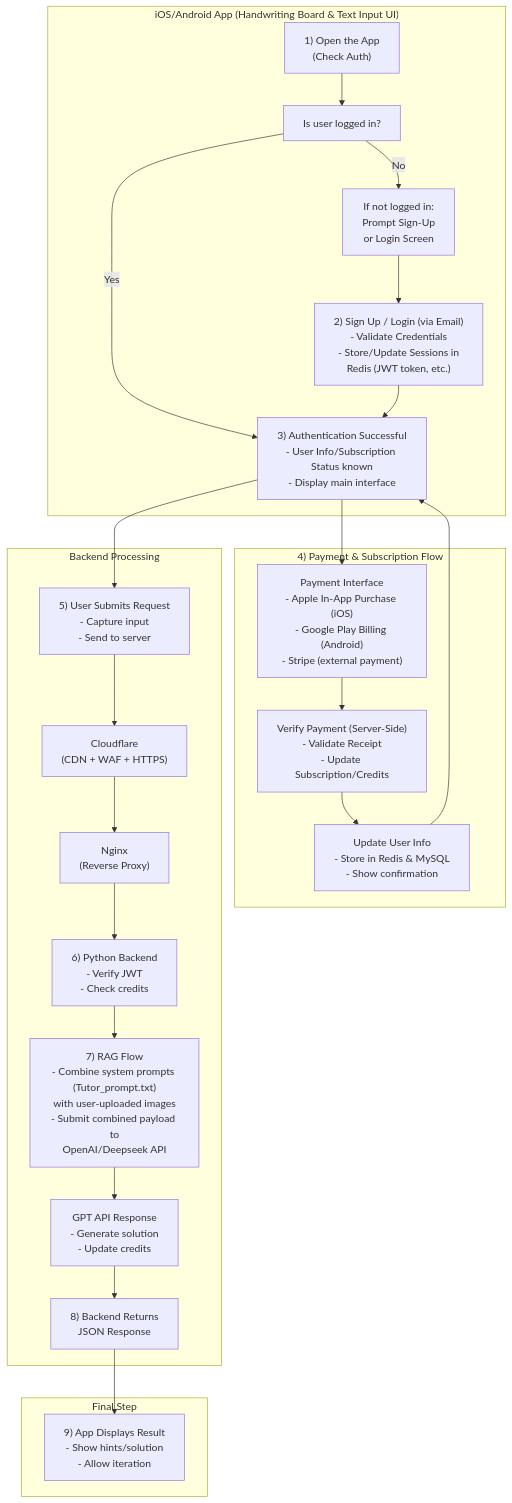
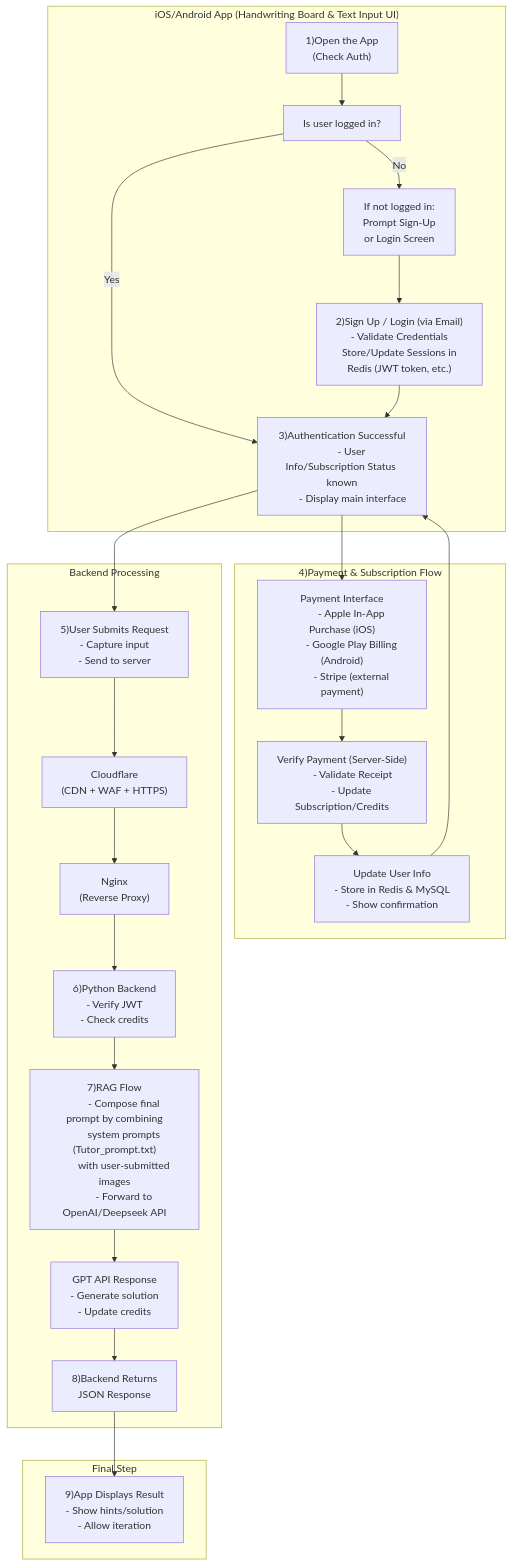
Before and after one commit to zhihuiyuze/Huize-Tutor: the diagram in app-flow.mermaid, drawn with Mermaid.

```diff
--- a/app-flow.mermaid
+++ b/app-flow.mermaid
@@ -1,46 +1,75 @@
+---
+config:
+  layout: fixed
+---
 flowchart TB
-    subgraph Frontend["iOS/Android App (Handwriting Board & Text Input UI)"]
-        A1["1) Open the App\n(Check Auth)"]
+ subgraph Frontend["iOS/Android App (Handwriting Board & Text Input UI)"]
+        A1["1)Open the App
+        (Check Auth)"]
         A2["Is user logged in?"]
-        A3["If not logged in:\nPrompt Sign-Up\nor Login Screen"]
-        A4["2) Sign Up / Login (via Email)\n- Validate Credentials\n- Store/Update Sessions in\nRedis (JWT token, etc.)"]
-        A5["3) Authentication Successful\n- User Info/Subscription Status known\n- Display main interface"]
-    end
-
-    subgraph Payment["4) Payment & Subscription Flow"]
-        P1["Payment Interface\n- Apple In-App Purchase (iOS)\n- Google Play Billing (Android)\n- Stripe (external payment)"]
-        P2["Verify Payment (Server-Side)\n- Validate Receipt\n- Update Subscription/Credits"]
-        P3["Update User Info\n- Store in Redis & MySQL\n- Show confirmation"]
-    end
-
-    subgraph Backend["Backend Processing"]
-        B1["5) User Submits Request\n- Capture input\n- Send to server"]
-        B2["Cloudflare\n(CDN + WAF + HTTPS)"]
-        B3["Nginx\n(Reverse Proxy)"]
-        B4["6) Python Backend\n- Verify JWT\n- Check credits"]
-        B5["7) RAG Flow\n- Combine system prompts (Tutor_prompt.txt)\nwith user-uploaded images\n- Submit combined payload to\nOpenAI/Deepseek API"]
-        B6["GPT API Response\n- Generate solution\n- Update credits"]
-        B7["8) Backend Returns\nJSON Response"]
-    end
-
-    subgraph Result["Final Step"]
-        R1["9) App Displays Result\n- Show hints/solution\n- Allow iteration"]
-    end
-
+        A3["If not logged in:
+        Prompt Sign-Up
+        or Login Screen"]
+        A4["2)Sign Up / Login (via Email)
+        - Validate Credentials
+         Store/Update Sessions in
+         Redis (JWT token, etc.)"]
+        A5["3)Authentication Successful
+        - User Info/Subscription Status known
+        - Display main interface"]
+  end
+ subgraph Payment["4)Payment & Subscription Flow"]
+        P1["Payment Interface
+        - Apple In-App Purchase (iOS)
+        - Google Play Billing (Android)
+        - Stripe (external payment)"]
+        P2["Verify Payment (Server-Side)
+        - Validate Receipt
+        - Update Subscription/Credits"]
+        P3["Update User Info
+        - Store in Redis & MySQL
+        - Show confirmation"]
+  end
+ subgraph Backend["Backend Processing"]
+        B1["5)User Submits Request
+        - Capture input
+        - Send to server"]
+        B2["Cloudflare
+        (CDN + WAF + HTTPS)"]
+        B3["Nginx
+        (Reverse Proxy)"]
+        B4["6)Python Backend
+        - Verify JWT
+        - Check credits"]
+        B5["7)RAG Flow
+        - Compose final prompt by combining
+        system prompts (Tutor_prompt.txt)
+        with user-submitted images
+        - Forward to OpenAI/Deepseek API"]
+        B6["GPT API Response
+        - Generate solution
+        - Update credits"]
+        B7["8)Backend Returns
+        JSON Response"]
+  end
+ subgraph Result["Final Step"]
+        R1["9)App Displays Result
+        - Show hints/solution
+        - Allow iteration"]
+  end
     A1 --> A2
-    A2 -->|No| A3
+    A2 -- No --> A3
     A3 --> A4
-    A2 -->|Yes| A5
+    A2 -- Yes --> A5
     A4 --> A5
-    A5 --> P1
+    A5 --> P1 & B1
     P1 --> P2
     P2 --> P3
     P3 --> A5
-    A5 --> B1
     B1 --> B2
     B2 --> B3
     B3 --> B4
     B4 --> B5
     B5 --> B6
     B6 --> B7
     B7 --> R1
```
